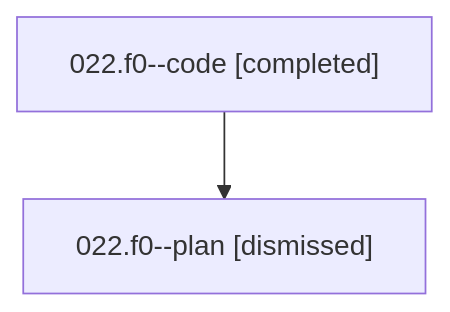
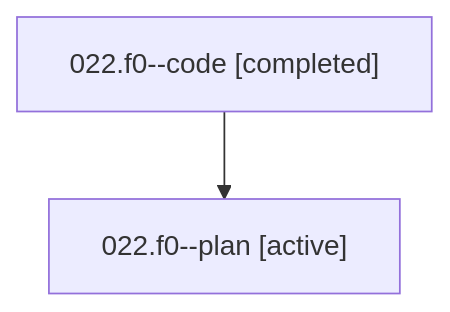
One commit to bobs-org/bob-cli--agents changed the diagram in families/bbugyi200.athena.022.f0.md. Above: the diagram before and after it, drawn with Mermaid. The commit also changed other lines of this file and 1279 other files, not shown here.

````diff
--- a/families/bbugyi200.athena.022.f0.md
+++ b/families/bbugyi200.athena.022.f0.md
@@ -9,6 +9,6 @@
 ```mermaid
 flowchart TD
   n0["022.f0--code [completed]"]
-  n1["022.f0--plan [dismissed]"]
+  n1["022.f0--plan [active]"]
   n0 --> n1
 ```
````
